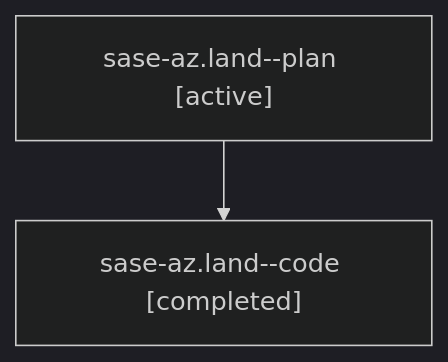
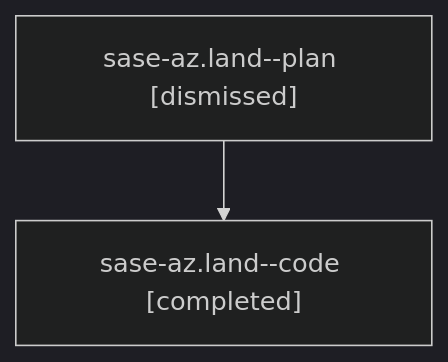
The diagram in sessions/bbugyi200.athena.sase-az.land.md (sase-org/sase--agents), drawn with Mermaid (dark theme) before and after one commit. The commit also changed other lines of this file and 88 other files, not shown here.

````diff
--- a/sessions/bbugyi200.athena.sase-az.land.md
+++ b/sessions/bbugyi200.athena.sase-az.land.md
@@ -9,6 +9,6 @@
 ```mermaid
 flowchart TD
-  n0["sase-az.land--plan [active]"]
+  n0["sase-az.land--plan [dismissed]"]
   n1["sase-az.land--code [completed]"]
   n0 --> n1
 ```
````
